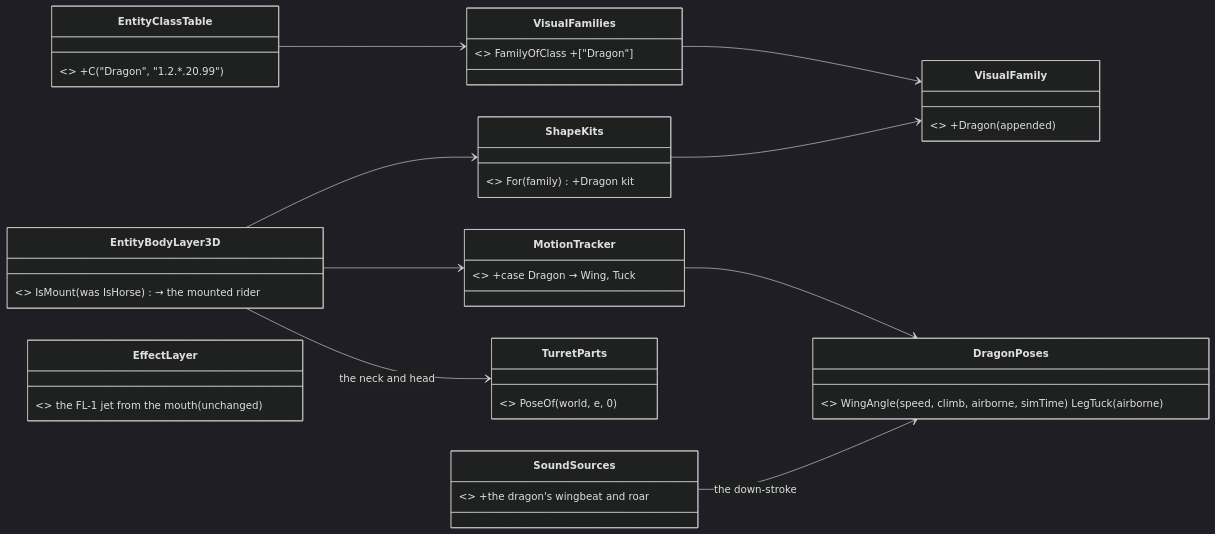
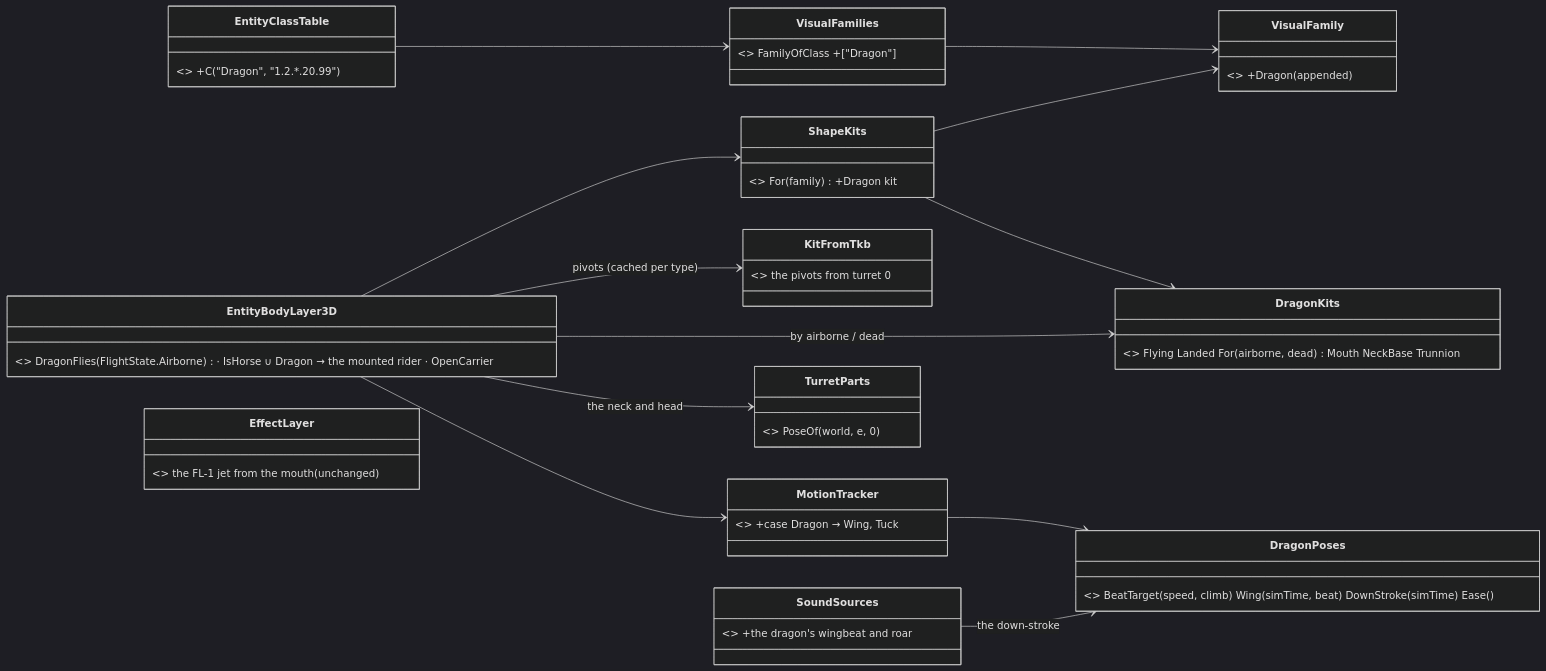
Before and after one commit to pjanec/HROT: the fifth of 6 diagrams in docs/designs/fun/DESIGN_Dragon.md, drawn with Mermaid (dark theme). The commit also changed other lines of this file and 12 other files, not shown here.

````diff
--- a/docs/designs/fun/DESIGN_Dragon.md
+++ b/docs/designs/fun/DESIGN_Dragon.md
@@ -247,22 +248,27 @@
 ```mermaid
 classDiagram
   direction LR
   class EntityClassTable { <<existing>> +C("Dragon", "1.2.*.20.99") }
   class VisualFamilies { <<existing>> FamilyOfClass +["Dragon"] }
   class VisualFamily { <<existing enum>> +Dragon (appended) }
   class ShapeKits { <<existing>> For(family) +Dragon kit }
-  class DragonPoses { <<NEW, Map3D>> WingAngle(speed, climb, airborne, simTime) LegTuck(airborne) }
+  class DragonKits { <<NEW, Map3D>> Flying Landed For(airborne, dead) Mouth NeckBase Trunnion }
+  class DragonPoses { <<NEW, Map3D>> BeatTarget(speed, climb) Wing(simTime, beat) DownStroke(simTime) Ease() }
+  class KitFromTkb { <<existing>> the pivots from turret 0 }
   class MotionTracker { <<existing>> +case Dragon → Wing, Tuck }
-  class EntityBodyLayer3D { <<existing>> IsMount (was IsHorse) → the mounted rider }
+  class EntityBodyLayer3D { <<existing>> DragonFlies (FlightState.Airborne) · IsHorse ∪ Dragon → the mounted rider · OpenCarrier }
   class TurretParts { <<existing>> PoseOf(world, e, 0) }
   class EffectLayer { <<existing>> the FL-1 jet from the mouth (unchanged) }
   class SoundSources { <<existing>> +the dragon's wingbeat and roar }
   EntityClassTable --> VisualFamilies
   VisualFamilies --> VisualFamily
   ShapeKits --> VisualFamily
+  ShapeKits --> DragonKits
+  EntityBodyLayer3D --> DragonKits : by airborne / dead
+  EntityBodyLayer3D --> KitFromTkb : pivots (cached per type)
   MotionTracker --> DragonPoses
   EntityBodyLayer3D --> ShapeKits
   EntityBodyLayer3D --> MotionTracker
   EntityBodyLayer3D --> TurretParts : the neck and head
   SoundSources --> DragonPoses : the down-stroke
 ```
````
